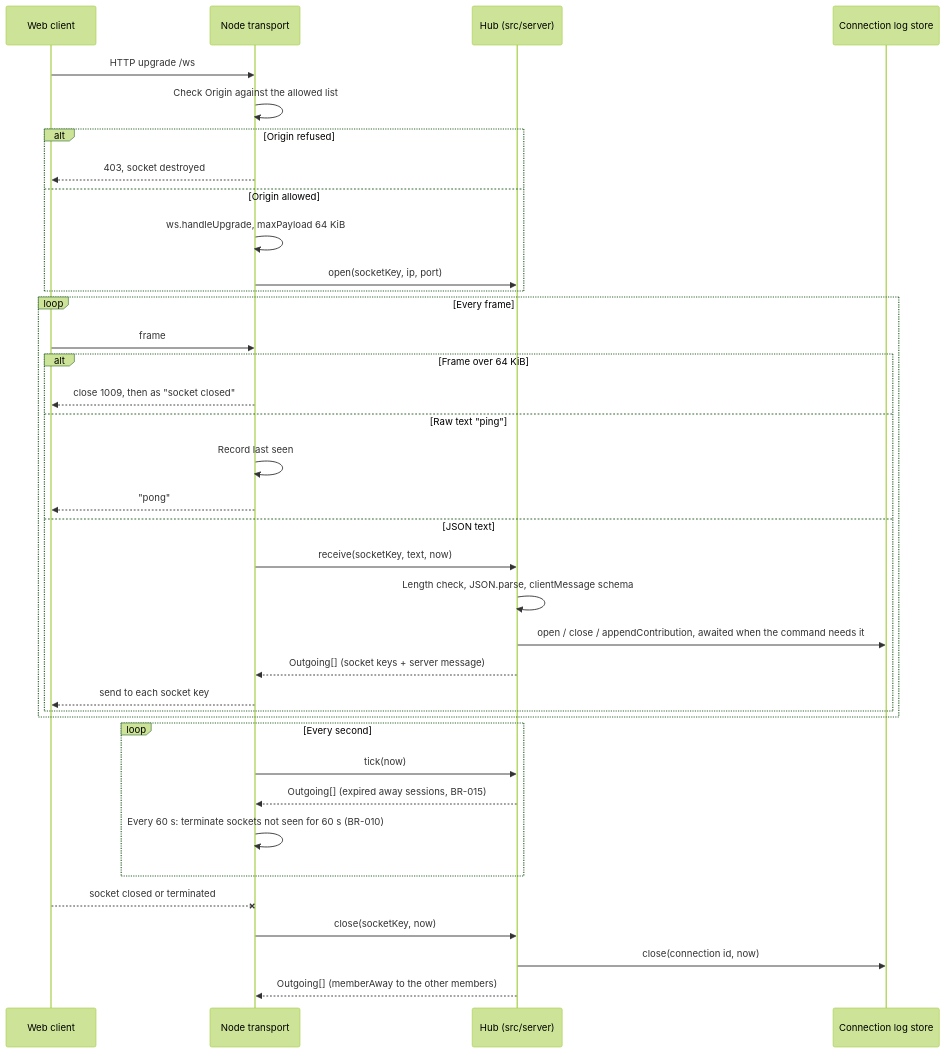
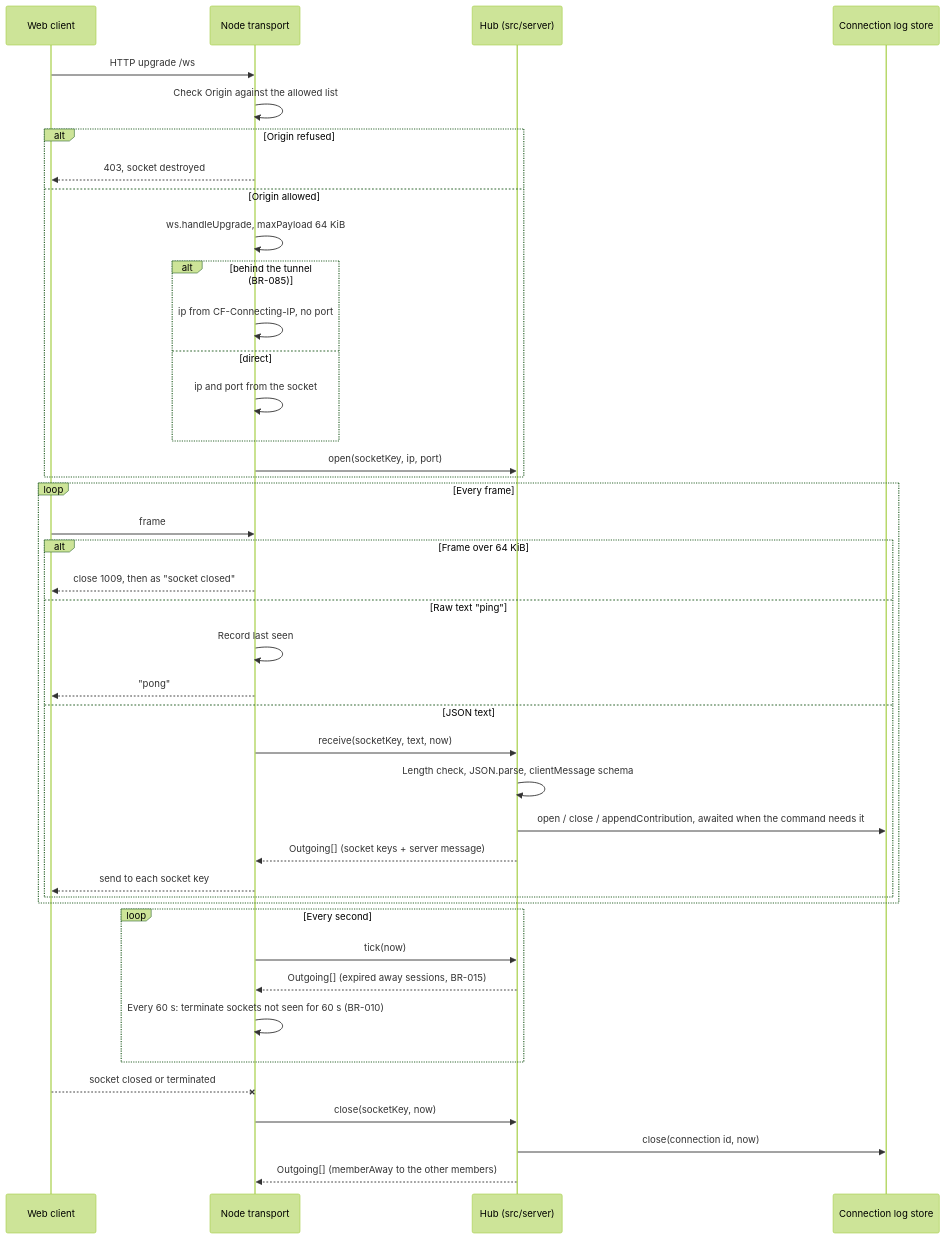
The diagram in docs/architecture/diagrams/platform/02-sequence-node-transport.md (benoit-bremaud/asv), drawn with Mermaid (forest theme) before and after one commit. The commit also changed other lines of this file and 12 other files, not shown here.

First line of the commit message:
docs(architecture): conception study for the real-tester exposure (#54) (#55)

````diff
--- a/docs/architecture/diagrams/platform/02-sequence-node-transport.md
+++ b/docs/architecture/diagrams/platform/02-sequence-node-transport.md
@@ -17,39 +17,44 @@
 ```mermaid
 sequenceDiagram
   participant W as Web client
   participant N as Node transport
   participant H as Hub (src/server)
   participant LS as Connection log store
   W->>N: HTTP upgrade /ws
   N->>N: Check Origin against the allowed list
   alt Origin refused
     N-->>W: 403, socket destroyed
   else Origin allowed
     N->>N: ws.handleUpgrade, maxPayload 64 KiB
+    alt behind the tunnel (BR-085)
+      N->>N: ip from CF-Connecting-IP, no port
+    else direct
+      N->>N: ip and port from the socket
+    end
     N->>H: open(socketKey, ip, port)
   end
   loop Every frame
     W->>N: frame
     alt Frame over 64 KiB
       N-->>W: close 1009, then as "socket closed"
     else Raw text "ping"
       N->>N: Record last seen
       N-->>W: "pong"
     else JSON text
       N->>H: receive(socketKey, text, now)
       H->>H: Length check, JSON.parse, clientMessage schema
       H->>LS: open / close / appendContribution, awaited when the command needs it
       H-->>N: Outgoing[] (socket keys + server message)
       N-->>W: send to each socket key
     end
   end
   loop Every second
     N->>H: tick(now)
     H-->>N: Outgoing[] (expired away sessions, BR-015)
     N->>N: Every 60 s: terminate sockets not seen for 60 s (BR-010)
   end
   W--xN: socket closed or terminated
   N->>H: close(socketKey, now)
   H->>LS: close(connection id, now)
   H-->>N: Outgoing[] (memberAway to the other members)
 ```
````
